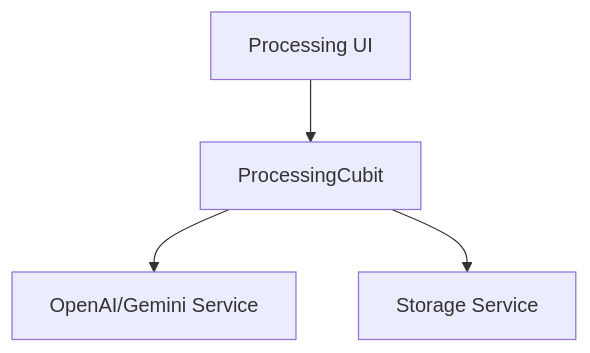
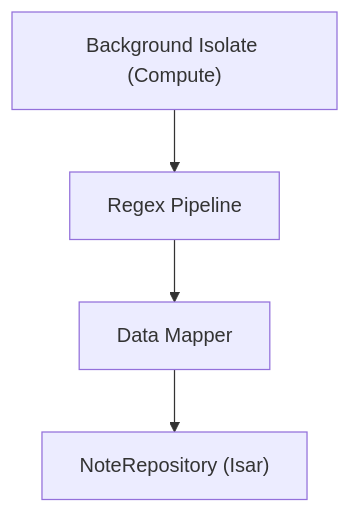
One commit to vheins/Notulensi changed the diagram in .agents/documents/application/modules/processing/overview.md. Above: the diagram before and after it, drawn with Mermaid. The commit also changed other lines of this file and 3 other files, not shown here.

````diff
--- a/.agents/documents/application/modules/processing/overview.md
+++ b/.agents/documents/application/modules/processing/overview.md
@@ -18,6 +18,6 @@
 ```mermaid
 flowchart TB
-    UI["Processing UI"] --> Cubit["ProcessingCubit"]
-    Cubit --> AIService["OpenAI/Gemini Service"]
-    Cubit --> Storage["Storage Service"]
+    Isolate["Background Isolate (Compute)"] --> RegexEngine["Regex Pipeline"]
+    RegexEngine --> DataMapper["Data Mapper"]
+    DataMapper --> Repo["NoteRepository (Isar)"]
 ```
````
